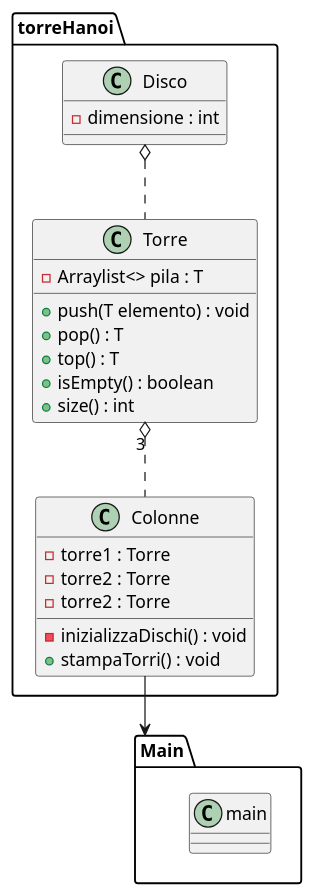
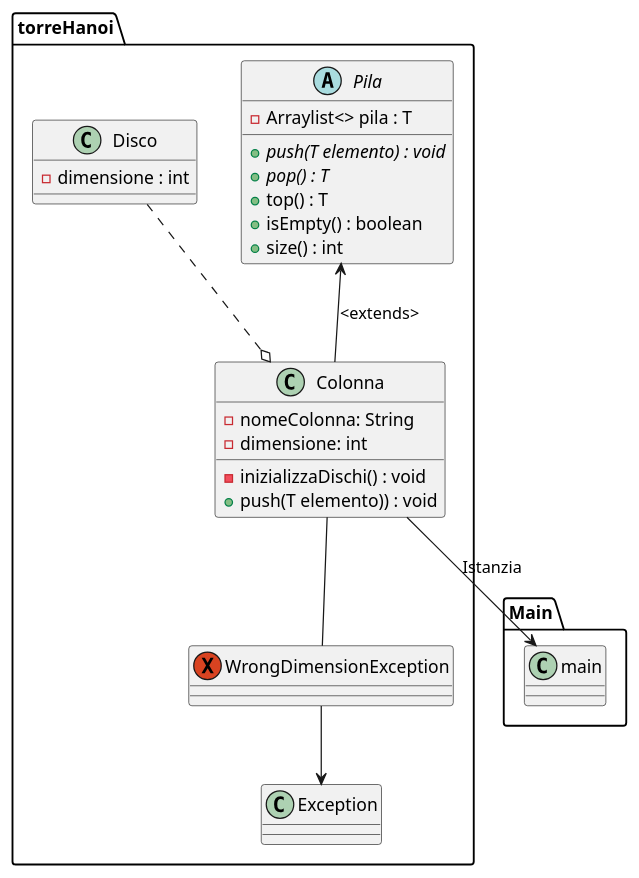
One commit to vero-sh/veroRepo changed the diagram in TorreHanoi/src/Progettazione/CD.puml. Above: the diagram before and after it, drawn with PlantUML. The commit also changed 5 other files, not shown here.

```diff
--- a/TorreHanoi/src/Progettazione/CD.puml
+++ b/TorreHanoi/src/Progettazione/CD.puml
@@ -1,33 +1,41 @@
 @startuml
 package torreHanoi{
 
-class Torre{
--Arraylist<> pila : T
-+push(T elemento) : void
-+pop() : T
-+top() : T
-+isEmpty() : boolean
-+size() : int
-}
+    abstract class Pila{
+    -Arraylist<> pila : T
+    +{abstract}push(T elemento) : void
+    +{abstract}pop() : T
+    +top() : T
+    +isEmpty() : boolean
+    +size() : int
+    }
 
-class Colonne{
--torre1 : Torre
--torre2 : Torre
--torre2 : Torre
--inizializzaDischi() : void
-+stampaTorri() : void
-}
-class Disco{
--dimensione : int
-}
+    class Colonna{
+    -nomeColonna: String
+    -dimensione: int
+    -inizializzaDischi() : void
+    +push(T elemento)) : void
 
+    }
+    class Disco{
+    -dimensione : int
+    }
+
+    Exception WrongDimensionException {
+
+    }
+    Class Exception{
+    }
 }
 
 package Main{
 class main{
 }
 }
-Colonne --> Main
-Torre "3" o.. Colonne
-Disco o.. Torre
+
+WrongDimensionException --> Exception
+Colonna --> main : Istanzia
+Colonna -- WrongDimensionException
+Pila <-- Colonna : <extends>
+Disco ..o Colonna
 @enduml
```
